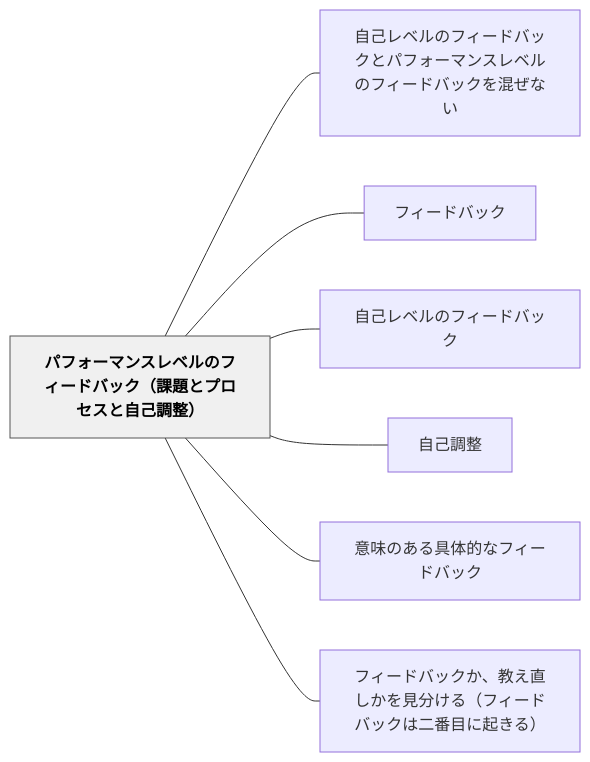
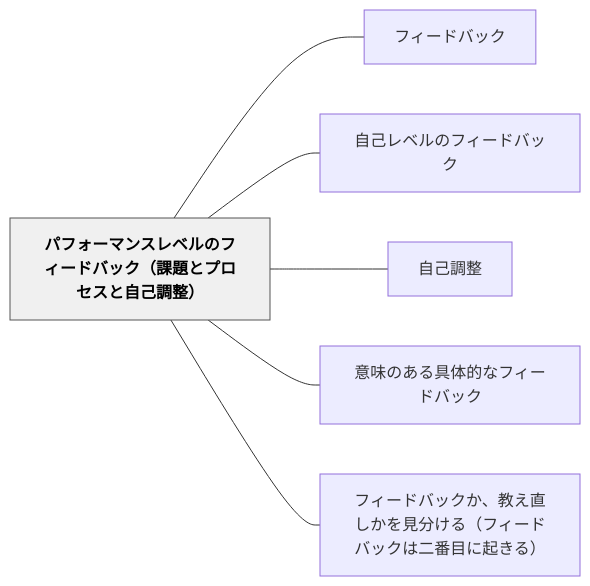
One commit to unknownthings-ed-patterns/unknownthings-ed-patterns changed the diagram in content/パタン/パフォーマンスレベルのフィードバック（課題とプロセスと自己調整）.md. Above: the diagram before and after it, drawn with Mermaid. The commit also changed other lines of this file and 72 other files, not shown here.

````diff
--- a/content/パタン/パフォーマンスレベルのフィードバック（課題とプロセスと自己調整）.md
+++ b/content/パタン/パフォーマンスレベルのフィードバック（課題とプロセスと自己調整）.md
@@ -63,20 +62,18 @@
 ```mermaid
 flowchart LR
     ne38391e38395e382a9e383bce3839ee383b3e382b9e383ace38399e383abe381aee38395e382a3e383bce38389e38390e38383e382afefbc88e8aab2e9a18ce381a8e38397e383ade382bbe382b9e381a8e887aae5b7b1e8aabfe695b4efbc89["パフォーマンスレベルのフィードバック（課題とプロセスと自己調整）"]
-    ne887aae5b7b1e383ace38399e383abe381aee38395e382a3e383bce38389e38390e38383e382afe381a8e38391e38395e382a9e383bce3839ee383b3e382b9e383ace38399e383abe381aee38395e382a3e383bce38389e38390e38383e382afe38292e6b7b7e3819ce381aae38184["自己レベルのフィードバックとパフォーマンスレベルのフィードバックを混ぜない"]
     ne38395e382a3e383bce38389e38390e38383e382af["フィードバック"]
     ne887aae5b7b1e383ace38399e383abe381aee38395e382a3e383bce38389e38390e38383e382af["自己レベルのフィードバック"]
     ne887aae5b7b1e8aabfe695b4["自己調整"]
     ne6848fe591b3e381aee38182e3828be585b7e4bd93e79a84e381aae38395e382a3e383bce38389e38390e38383e382af["意味のある具体的なフィードバック"]
     ne38395e382a3e383bce38389e38390e38383e382afe3818be38081e69599e38188e79bb4e38197e3818be38292e8a68be58886e38191e3828befbc88e38395e382a3e383bce38389e38390e38383e382afe381afe4ba8ce795aae79baee381abe8b5b7e3818de3828befbc89["フィードバックか、教え直しかを見分ける（フィードバックは二番目に起きる）"]
 
-    ne38391e38395e382a9e383bce3839ee383b3e382b9e383ace38399e383abe381aee38395e382a3e383bce38389e38390e38383e382afefbc88e8aab2e9a18ce381a8e38397e383ade382bbe382b9e381a8e887aae5b7b1e8aabfe695b4efbc89 --- ne887aae5b7b1e383ace38399e383abe381aee38395e382a3e383bce38389e38390e38383e382afe381a8e38391e38395e382a9e383bce3839ee383b3e382b9e383ace38399e383abe381aee38395e382a3e383bce38389e38390e38383e382afe38292e6b7b7e3819ce381aae38184
     ne38391e38395e382a9e383bce3839ee383b3e382b9e383ace38399e383abe381aee38395e382a3e383bce38389e38390e38383e382afefbc88e8aab2e9a18ce381a8e38397e383ade382bbe382b9e381a8e887aae5b7b1e8aabfe695b4efbc89 --- ne38395e382a3e383bce38389e38390e38383e382af
     ne38391e38395e382a9e383bce3839ee383b3e382b9e383ace38399e383abe381aee38395e382a3e383bce38389e38390e38383e382afefbc88e8aab2e9a18ce381a8e38397e383ade382bbe382b9e381a8e887aae5b7b1e8aabfe695b4efbc89 --- ne887aae5b7b1e383ace38399e383abe381aee38395e382a3e383bce38389e38390e38383e382af
     ne38391e38395e382a9e383bce3839ee383b3e382b9e383ace38399e383abe381aee38395e382a3e383bce38389e38390e38383e382afefbc88e8aab2e9a18ce381a8e38397e383ade382bbe382b9e381a8e887aae5b7b1e8aabfe695b4efbc89 --- ne887aae5b7b1e8aabfe695b4
     ne38391e38395e382a9e383bce3839ee383b3e382b9e383ace38399e383abe381aee38395e382a3e383bce38389e38390e38383e382afefbc88e8aab2e9a18ce381a8e38397e383ade382bbe382b9e381a8e887aae5b7b1e8aabfe695b4efbc89 --- ne6848fe591b3e381aee38182e3828be585b7e4bd93e79a84e381aae38395e382a3e383bce38389e38390e38383e382af
     ne38391e38395e382a9e383bce3839ee383b3e382b9e383ace38399e383abe381aee38395e382a3e383bce38389e38390e38383e382afefbc88e8aab2e9a18ce381a8e38397e383ade382bbe382b9e381a8e887aae5b7b1e8aabfe695b4efbc89 --- ne38395e382a3e383bce38389e38390e38383e382afe3818be38081e69599e38188e79bb4e38197e3818be38292e8a68be58886e38191e3828befbc88e38395e382a3e383bce38389e38390e38383e382afe381afe4ba8ce795aae79baee381abe8b5b7e3818de3828befbc89
 
     classDef hub fill:#f0f0f0,stroke:#555,color:#000,font-weight:bold
     class ne38391e38395e382a9e383bce3839ee383b3e382b9e383ace38399e383abe381aee38395e382a3e383bce38389e38390e38383e382afefbc88e8aab2e9a18ce381a8e38397e383ade382bbe382b9e381a8e887aae5b7b1e8aabfe695b4efbc89 hub
 ```
````
